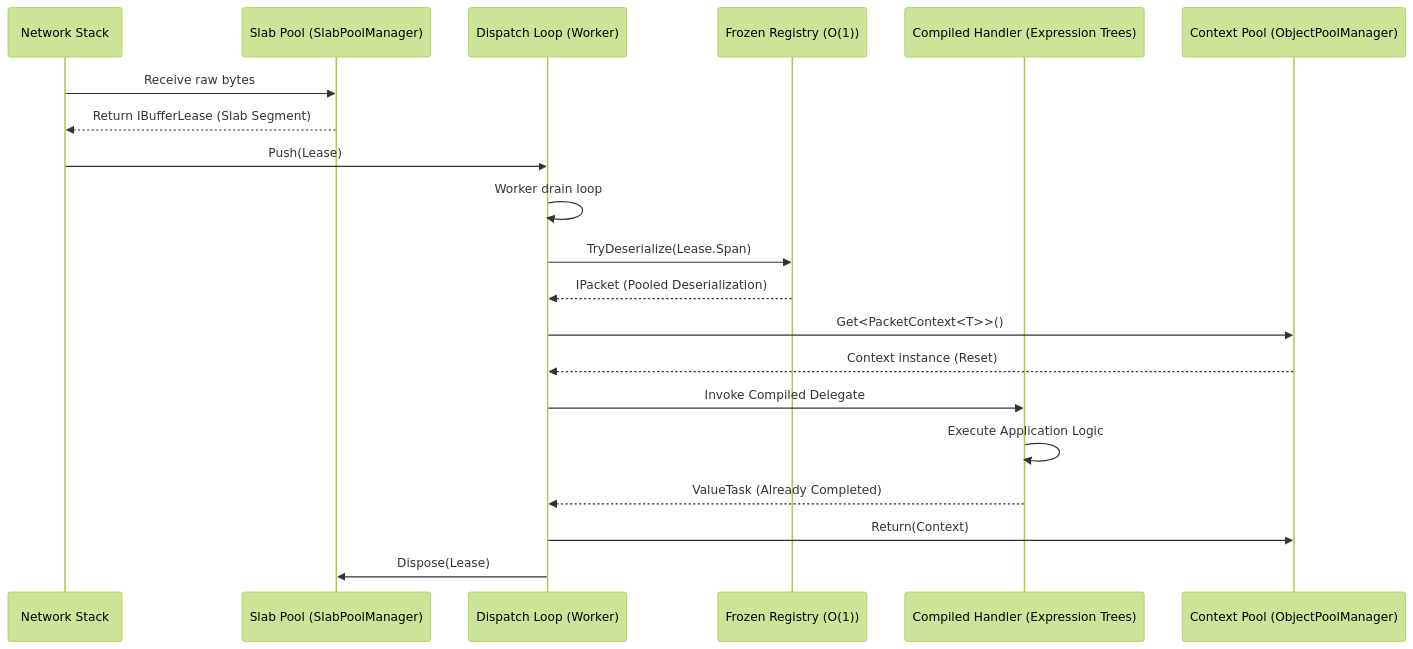
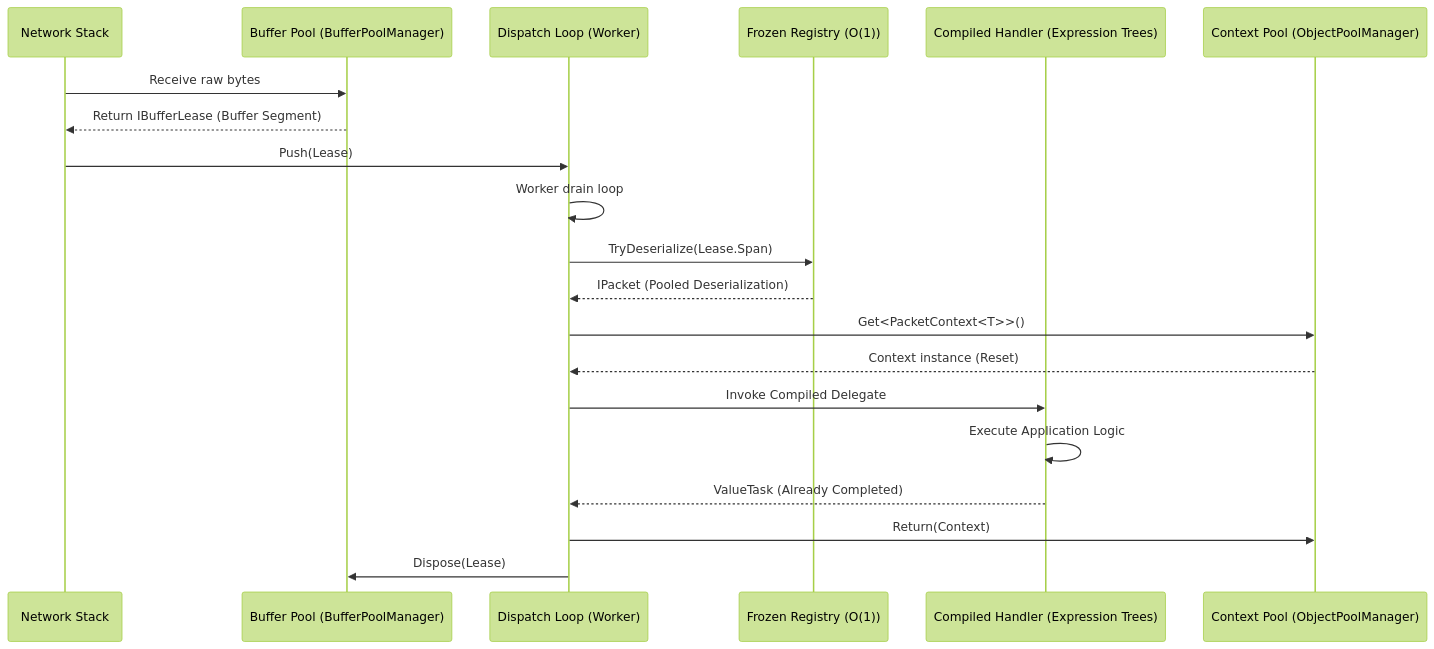
Before and after one commit to ppn-systems/Nalix: the diagram in docs/concepts/internals/zero-allocation.md, drawn with Mermaid (forest theme). The commit also changed other lines of this file and 69 other files, not shown here.

````diff
--- a/docs/concepts/internals/zero-allocation.md
+++ b/docs/concepts/internals/zero-allocation.md
@@ -17,23 +17,23 @@
 ```mermaid
 sequenceDiagram
     participant OS as Network Stack
-    participant LP as Slab Pool (SlabPoolManager)
+    participant LP as Buffer Pool (BufferPoolManager)
     participant DC as Dispatch Loop (Worker)
     participant FR as Frozen Registry (O(1))
     participant CH as Compiled Handler (Expression Trees)
     participant CP as Context Pool (ObjectPoolManager)
 
     OS->>LP: Receive raw bytes
-    LP-->>OS: Return IBufferLease (Slab Segment)
+    LP-->>OS: Return IBufferLease (Buffer Segment)
     OS->>DC: Push(Lease)
     DC->>DC: Worker drain loop
     DC->>FR: TryDeserialize(Lease.Span)
     FR-->>DC: IPacket (Pooled Deserialization)
     DC->>CP: Get<PacketContext<T>>()
     CP-->>DC: Context instance (Reset)
     DC->>CH: Invoke Compiled Delegate
     CH->>CH: Execute Application Logic
     CH-->>DC: ValueTask (Already Completed)
     DC->>CP: Return(Context)
     DC->>LP: Dispose(Lease)
 ```
````
